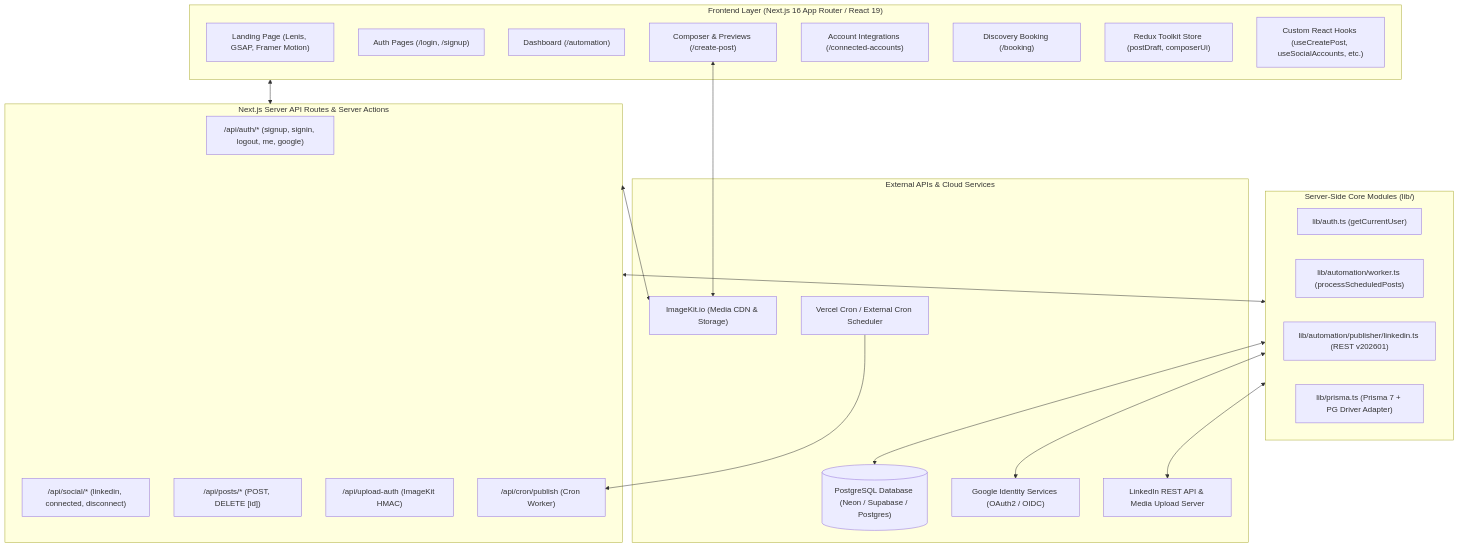
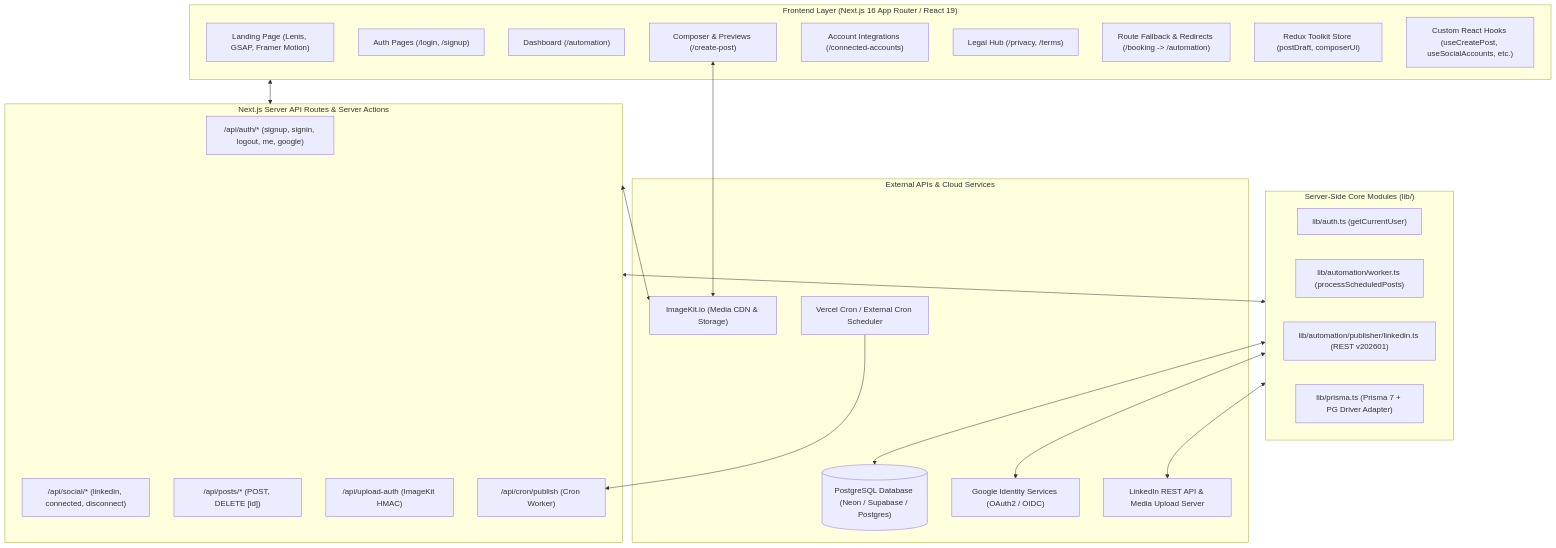
Before and after one commit to Sibasish2005/chartes.tech: the first of 18 diagrams in data_flow.md, drawn with Mermaid. The commit also changed other lines of this file and 9 other files, not shown here.

Commit message:
feat: add landing page layout components, booking redirect, and privacy policy content page

````diff
--- a/data_flow.md
+++ b/data_flow.md
@@ -38,46 +38,47 @@
 ```mermaid
 flowchart TD
     subgraph ClientLayer["Frontend Layer (Next.js 16 App Router / React 19)"]
         UI_Landing["Landing Page (Lenis, GSAP, Framer Motion)"]
         UI_Auth["Auth Pages (/login, /signup)"]
         UI_Dash["Dashboard (/automation)"]
         UI_Composer["Composer & Previews (/create-post)"]
         UI_Accounts["Account Integrations (/connected-accounts)"]
-        UI_Booking["Discovery Booking (/booking)"]
+        UI_Legal["Legal Hub (/privacy, /terms)"]
+        UI_Redirect["Route Fallback & Redirects (/booking -> /automation)"]
         
         ReduxStore["Redux Toolkit Store (postDraft, composerUi)"]
         CustomHooks["Custom React Hooks (useCreatePost, useSocialAccounts, etc.)"]
     end
 
     subgraph APILayer["Next.js Server API Routes & Server Actions"]
         API_Auth["/api/auth/* (signup, signin, logout, me, google)"]
         API_Social["/api/social/* (linkedin, connected, disconnect)"]
         API_Posts["/api/posts/* (POST, DELETE [id])"]
         API_Upload["/api/upload-auth (ImageKit HMAC)"]
         API_Cron["/api/cron/publish (Cron Worker)"]
     end
 
     subgraph CoreServices["Server-Side Core Modules (lib/)"]
         AuthLib["lib/auth.ts (getCurrentUser)"]
         WorkerLib["lib/automation/worker.ts (processScheduledPosts)"]
         LinkedInPub["lib/automation/publisher/linkedin.ts (REST v202601)"]
         PrismaClient["lib/prisma.ts (Prisma 7 + PG Driver Adapter)"]
     end
 
     subgraph ExternalServices["External APIs & Cloud Services"]
         PostgresDB[("PostgreSQL Database (Neon / Supabase / Postgres)")]
         ImageKitCDN["ImageKit.io (Media CDN & Storage)"]
         GoogleOAuth["Google Identity Services (OAuth2 / OIDC)"]
         LinkedInAPI["LinkedIn REST API & Media Upload Server"]
         CronTrigger["Vercel Cron / External Cron Scheduler"]
     end
 
     ClientLayer <--> APILayer
     APILayer <--> CoreServices
     CoreServices <--> PostgresDB
     CoreServices <--> LinkedInAPI
     CoreServices <--> GoogleOAuth
     UI_Composer <--> ImageKitCDN
     APILayer <--> ImageKitCDN
     CronTrigger --> API_Cron
 ```
````
